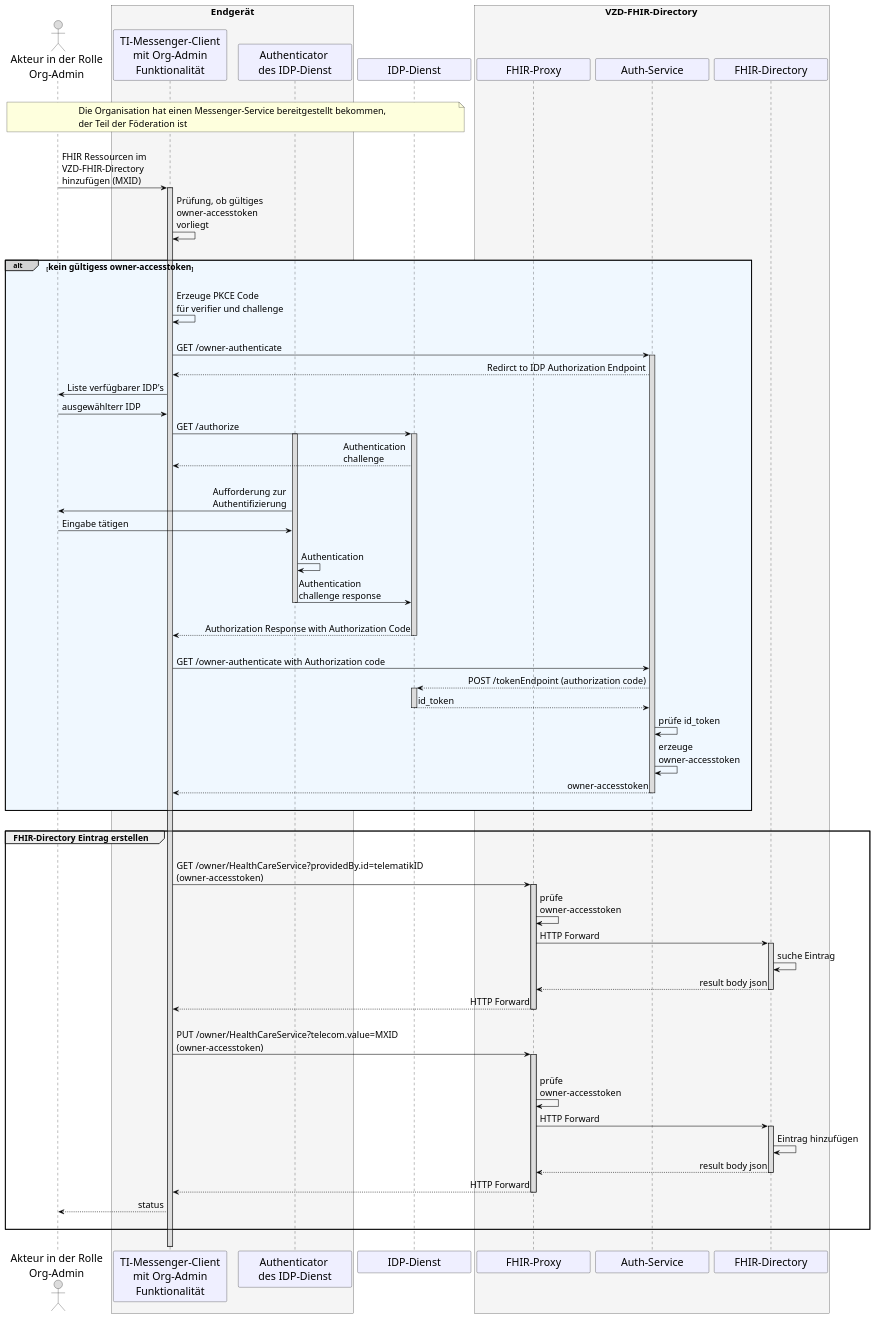
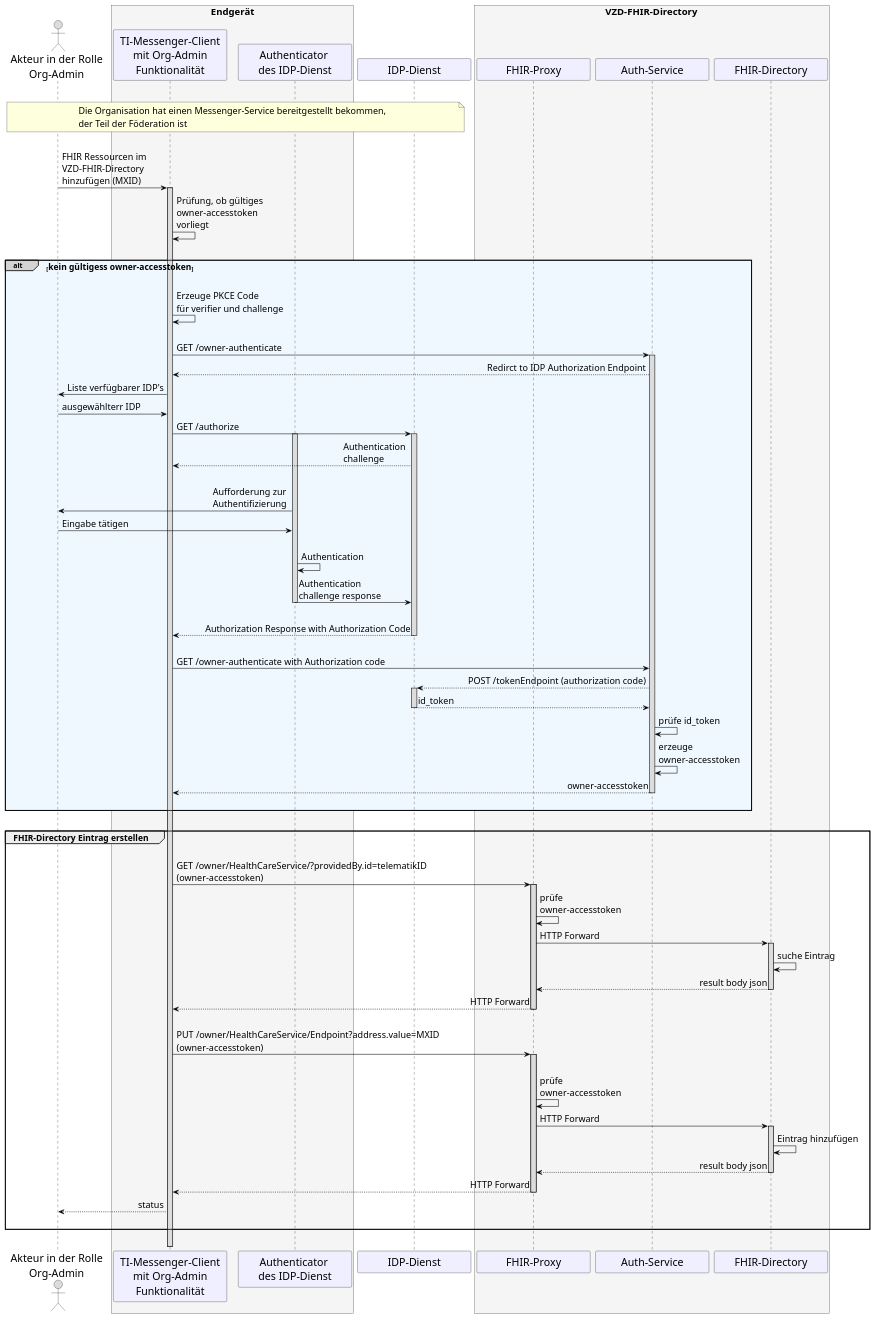
The diagram in src/plantuml/TI-Messenger-Dienst/Ressourcen/UC_10059_Seq.puml (gematik/api-ti-messenger), drawn with PlantUML before and after one commit.

```diff
--- a/src/plantuml/TI-Messenger-Dienst/Ressourcen/UC_10059_Seq.puml
+++ b/src/plantuml/TI-Messenger-Dienst/Ressourcen/UC_10059_Seq.puml
@@ -9,122 +9,122 @@
 @startuml
 skinparam sequenceMessageAlign direction
 skinparam minClassWidth 200
 skinparam BoxPadding 1
 skinparam sequenceReferenceHeaderBackgroundColor palegreen
 scale max 2048 width
 
 skinparam sequence {
 ArrowColor black
 ArrowFontSize 17
 ActorBorderColor black
 LifeLineBorderColor black
 LifeLineBackgroundColor Gainsboro
 
 ParticipantBorderColor Motivation
 ParticipantBackgroundColor Motivation
 ParticipantFontName Impact
 ParticipantFontSize 20
 ParticipantFontColor black
 ParticipantBorderColor Black
 ParticipantBackgroundColor MOTIVATION
 
 ActorBackgroundColor Gainsboro
 ActorFontColor black
 ActorFontSize 20
 ActorFontName Aapex
 }
     actor U as "Akteur in der Rolle\nOrg-Admin"
     box <size:18>Endgerät</size>\n #WhiteSmoke 
     participant C as "TI-Messenger-Client\n mit Org-Admin \nFunktionalität"
     participant A as "Authenticator \ndes IDP-Dienst"
     end box
     participant I as "IDP-Dienst" 
     box <size:18>VZD-FHIR-Directory</size> #WhiteSmoke
       participant FP as "FHIR-Proxy"
       participant Auth as "Auth-Service"
       participant VZD as "FHIR-Directory"
     end box
 
 |||
 note over U, I: <size:17>Die Organisation hat einen Messenger-Service bereitgestellt bekommen, \n<size:17>der Teil der Föderation ist</size>
 |||
 
 U->C: FHIR Ressourcen im \nVZD-FHIR-Directory \nhinzufügen (MXID)
   Activate C
 C->C: Prüfung, ob gültiges \nowner-accesstoken \nvorliegt
 
 |||
 alt#LightGrey #AliceBlue <size:16>kein gültigess owner-accesstoken</size>
 |||
 
   C->C: Erzeuge PKCE Code \nfür verifier und challenge
   |||
   C->Auth: GET /owner-authenticate
     Activate Auth
   Auth-->C: Redirct to IDP Authorization Endpoint
 
   C->U: Liste verfügbarer IDP's
   U->C: ausgewählterr IDP
     
   C->I: GET /authorize
     Activate A
     Activate I
   I-->C: Authentication \nchallenge
   |||
   A->U: Aufforderung zur \nAuthentifizierung
   U->A: Eingabe tätigen
   |||
   A->A: Authentication
   A->I: Authentication \nchallenge response
     Deactivate A
   |||
   I-->C: Authorization Response with Authorization Code
     Deactivate I
       
   |||    
   C->Auth: GET /owner-authenticate with Authorization code
   Auth-->I: POST /tokenEndpoint (authorization code)
     Activate I
   I-->Auth: id_token
     Deactivate I
   Auth->Auth: prüfe id_token
   Auth->Auth: erzeuge \nowner-accesstoken
   Auth-->C: owner-accesstoken
   ||| 
     
     Deactivate Auth
 end
       
 |||
 
 group <size:16>FHIR-Directory Eintrag erstellen</size>
   |||
-  C->FP: GET /owner/HealthCareService?providedBy.id=telematikID \n(owner-accesstoken)
+  C->FP: GET /owner/HealthCareService/?providedBy.id=telematikID \n(owner-accesstoken)
     Activate FP
   FP->FP: prüfe \nowner-accesstoken
   FP->VZD: HTTP Forward
     Activate VZD
   VZD->VZD: suche Eintrag
   VZD-->FP: result body json
     Deactivate VZD
   FP-->C: HTTP Forward
     Deactivate FP
   |||
-  C->FP: PUT /owner/HealthCareService?telecom.value=MXID \n(owner-accesstoken)
+  C->FP: PUT /owner/HealthCareService/Endpoint?address.value=MXID \n(owner-accesstoken)
   |||
     Activate FP
   FP->FP: prüfe \nowner-accesstoken
   FP->VZD: HTTP Forward
     Activate VZD
   VZD->VZD: Eintrag hinzufügen
   VZD-->FP: result body json
     Deactivate VZD
   FP-->C: HTTP Forward
     Deactivate FP
   C-->U: status    
   |||
 end
 |||
 
   Deactivate C
 @enduml
```
